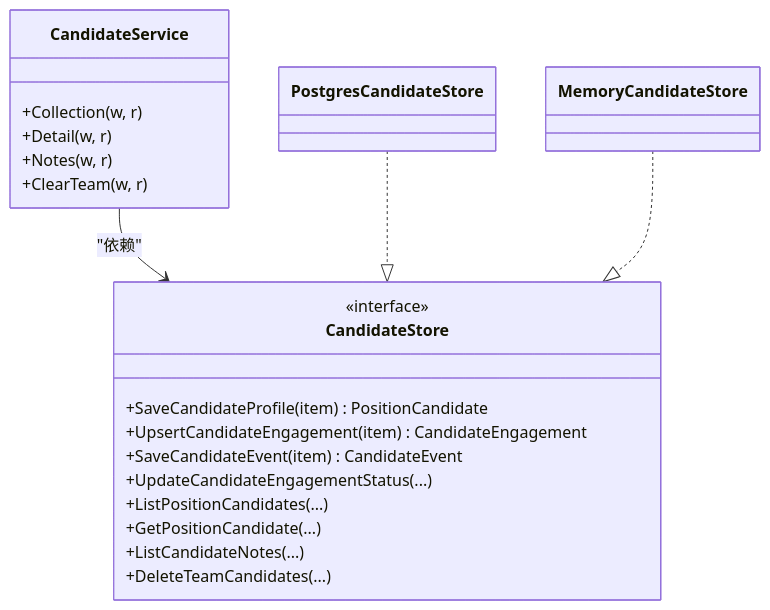
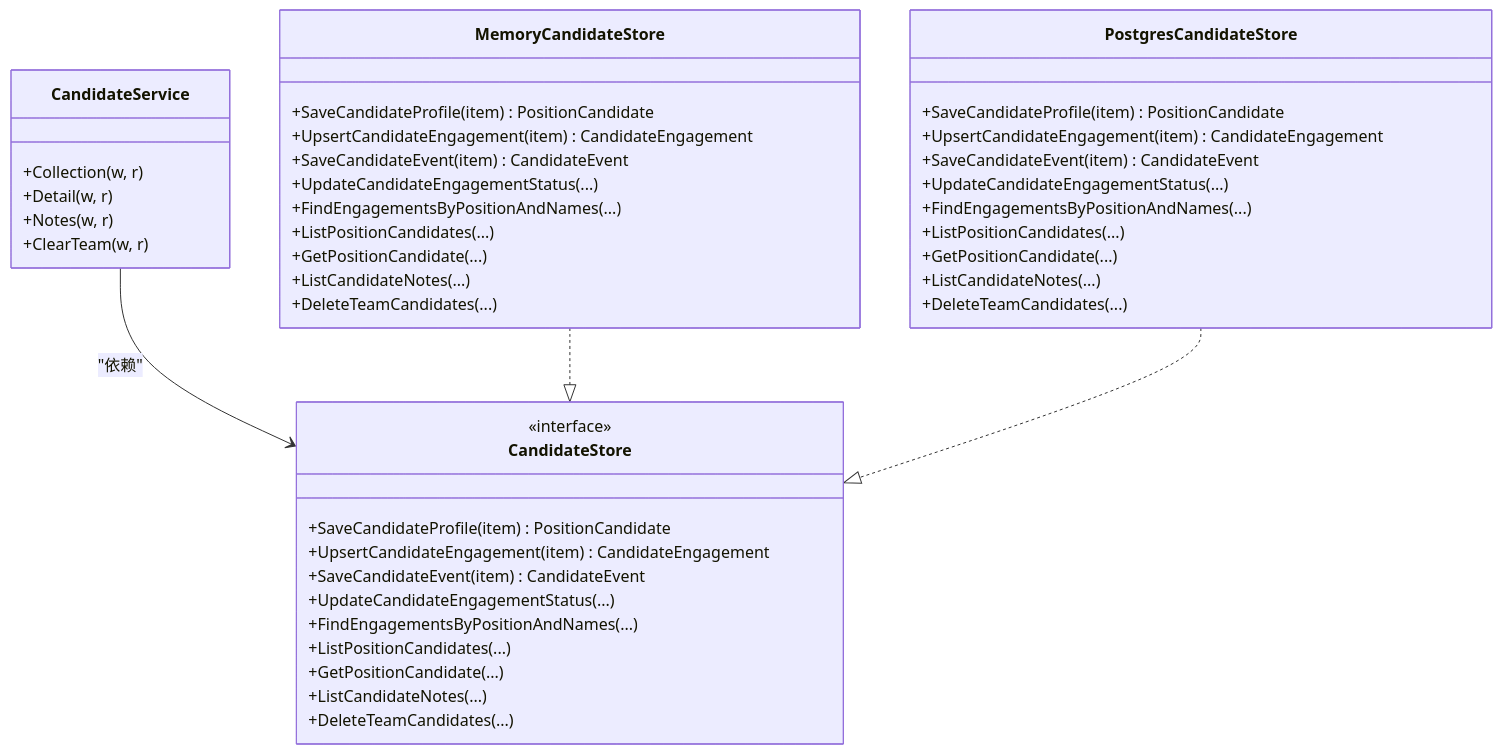
The eighth of 8 diagrams in .qoder/repowiki/zh/content/云端后端服务/候选人处理系统/候选人数据摄入/候选人数据存储处理.md (alvinwangzi/goodhr), drawn with Mermaid before and after one commit. The commit also changed other lines of this file and 149 other files, not shown here.

````diff
--- a/.qoder/repowiki/zh/content/云端后端服务/候选人处理系统/候选人数据摄入/候选人数据存储处理.md
+++ b/.qoder/repowiki/zh/content/云端后端服务/候选人处理系统/候选人数据摄入/候选人数据存储处理.md
@@ -234,25 +325,46 @@
 ```mermaid
 classDiagram
 class CandidateService {
 +Collection(w, r)
 +Detail(w, r)
 +Notes(w, r)
 +ClearTeam(w, r)
 }
 class CandidateStore {
 <<interface>>
 +SaveCandidateProfile(item) PositionCandidate
 +UpsertCandidateEngagement(item) CandidateEngagement
 +SaveCandidateEvent(item) CandidateEvent
 +UpdateCandidateEngagementStatus(...)
++FindEngagementsByPositionAndNames(...)
 +ListPositionCandidates(...)
 +GetPositionCandidate(...)
 +ListCandidateNotes(...)
 +DeleteTeamCandidates(...)
 }
-class MemoryCandidateStore
-class PostgresCandidateStore
+class MemoryCandidateStore {
++SaveCandidateProfile(item) PositionCandidate
++UpsertCandidateEngagement(item) CandidateEngagement
++SaveCandidateEvent(item) CandidateEvent
++UpdateCandidateEngagementStatus(...)
++FindEngagementsByPositionAndNames(...)
++ListPositionCandidates(...)
++GetPositionCandidate(...)
++ListCandidateNotes(...)
++DeleteTeamCandidates(...)
+}
+class PostgresCandidateStore {
++SaveCandidateProfile(item) PositionCandidate
++UpsertCandidateEngagement(item) CandidateEngagement
++SaveCandidateEvent(item) CandidateEvent
++UpdateCandidateEngagementStatus(...)
++FindEngagementsByPositionAndNames(...)
++ListPositionCandidates(...)
++GetPositionCandidate(...)
++ListCandidateNotes(...)
++DeleteTeamCandidates(...)
+}
 CandidateService --> CandidateStore : "依赖"
+MemoryCandidateStore ..|> CandidateStore
 PostgresCandidateStore ..|> CandidateStore
-MemoryCandidateStore ..|> CandidateStore
 ```
````
